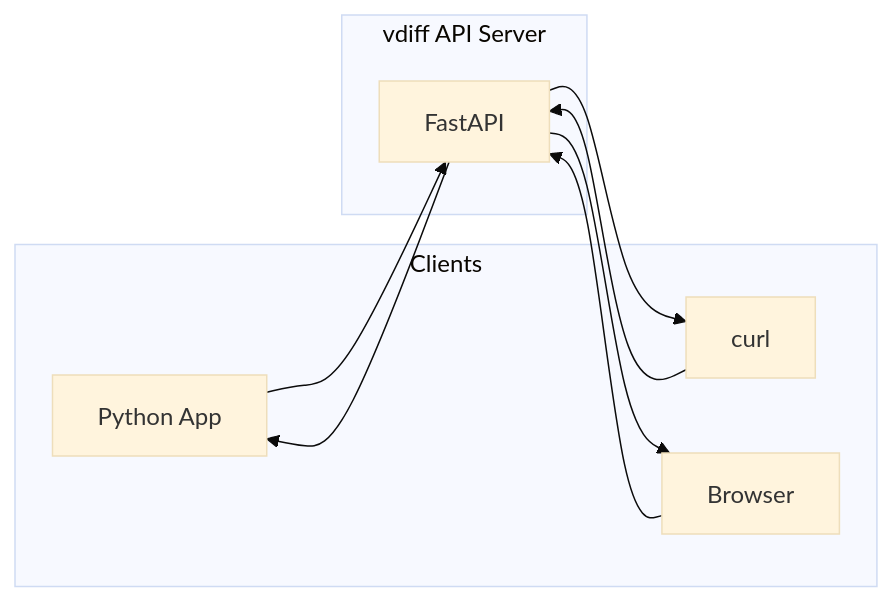
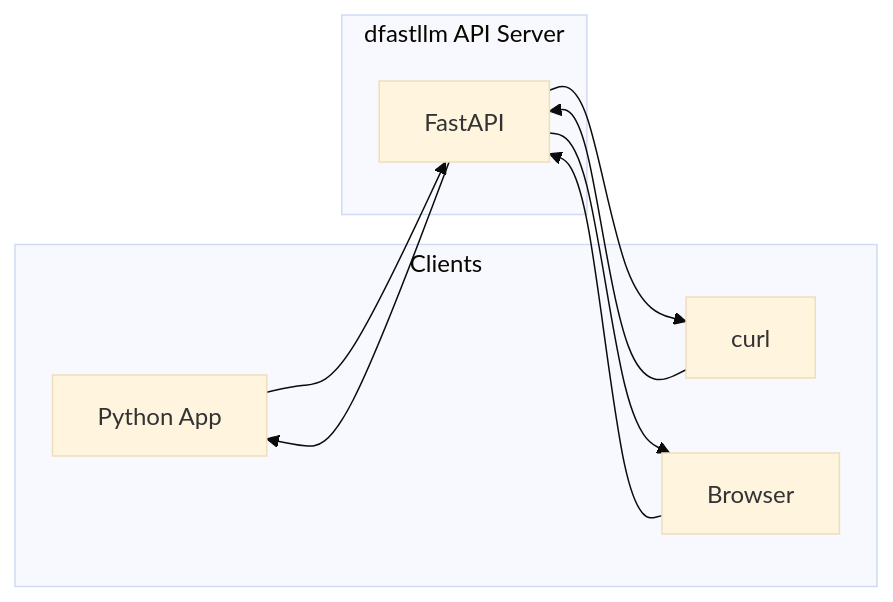
The first of 22 diagrams in docs/dev-doc/07-api-server.md (mwaykole/vdiff), drawn with Mermaid (base theme) before and after one commit. The commit also changed other lines of this file and 53 other files, not shown here.

First line of the commit message:
refactor: Rename all vdiff references to dfastllm

````diff
--- a/docs/dev-doc/07-api-server.md
+++ b/docs/dev-doc/07-api-server.md
@@ -12,19 +12,19 @@
 ```mermaid
 flowchart LR
     subgraph Clients["Clients"]
         C1["Python App"]
         C2["curl"]
         C3["Browser"]
     end
     
-    subgraph Server["vdiff API Server"]
+    subgraph Server["dfastllm API Server"]
         API["FastAPI"]
     end
     
     C1 --> API
     C2 --> API
     C3 --> API
     API --> C1
     API --> C2
     API --> C3
 ```
````
